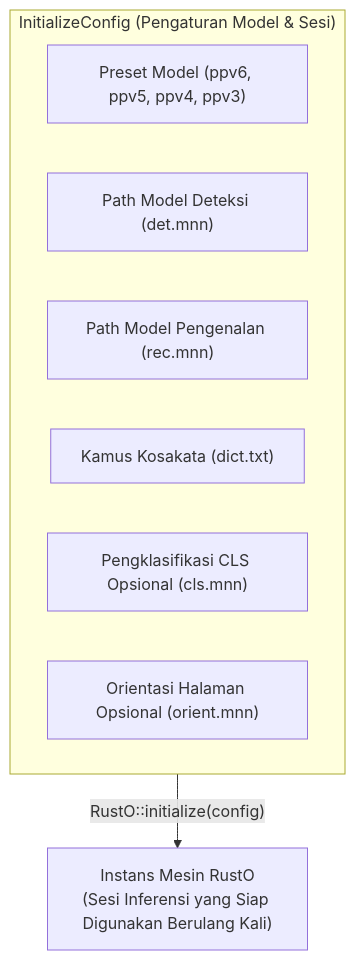
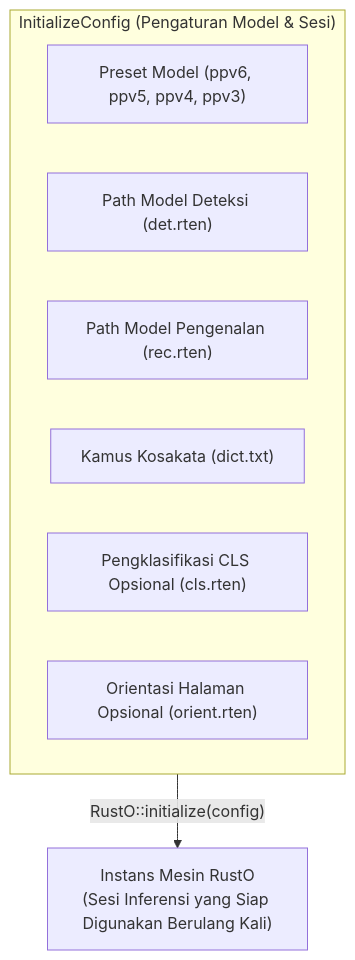
One commit to byrizki/rusto-rs changed the diagram in docs/content/id/04.api-reference/01.initialize-config.md. Above: the diagram before and after it, drawn with Mermaid. The commit also changed other lines of this file and 51 other files, not shown here.

````diff
--- a/docs/content/id/04.api-reference/01.initialize-config.md
+++ b/docs/content/id/04.api-reference/01.initialize-config.md
@@ -15,13 +15,13 @@
 ```mermaid
 flowchart TD
     subgraph Config ["InitializeConfig (Pengaturan Model & Sesi)"]
         P["Preset Model (ppv6, ppv5, ppv4, ppv3)"]
-        D["Path Model Deteksi (det.mnn)"]
-        R["Path Model Pengenalan (rec.mnn)"]
+        D["Path Model Deteksi (det.rten)"]
+        R["Path Model Pengenalan (rec.rten)"]
         V["Kamus Kosakata (dict.txt)"]
-        C["Pengklasifikasi CLS Opsional (cls.mnn)"]
-        O["Orientasi Halaman Opsional (orient.mnn)"]
+        C["Pengklasifikasi CLS Opsional (cls.rten)"]
+        O["Orientasi Halaman Opsional (orient.rten)"]
     end
 
     Config -->|"RustO::initialize(config)"| Engine["Instans Mesin RustO<br/>(Sesi Inferensi yang Siap Digunakan Berulang Kali)"]
 ```
````
